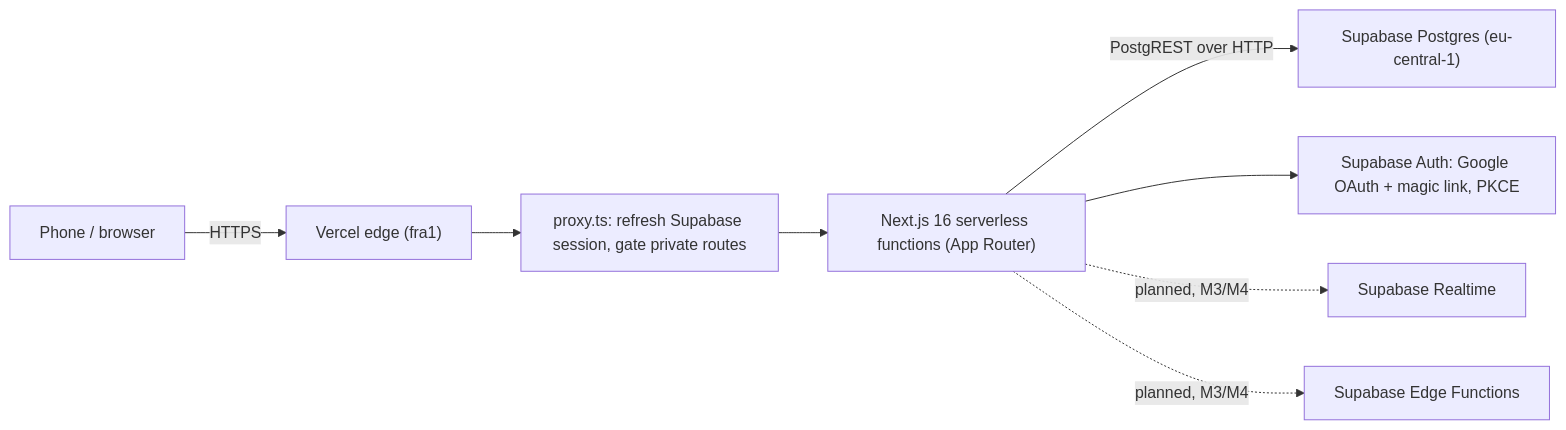
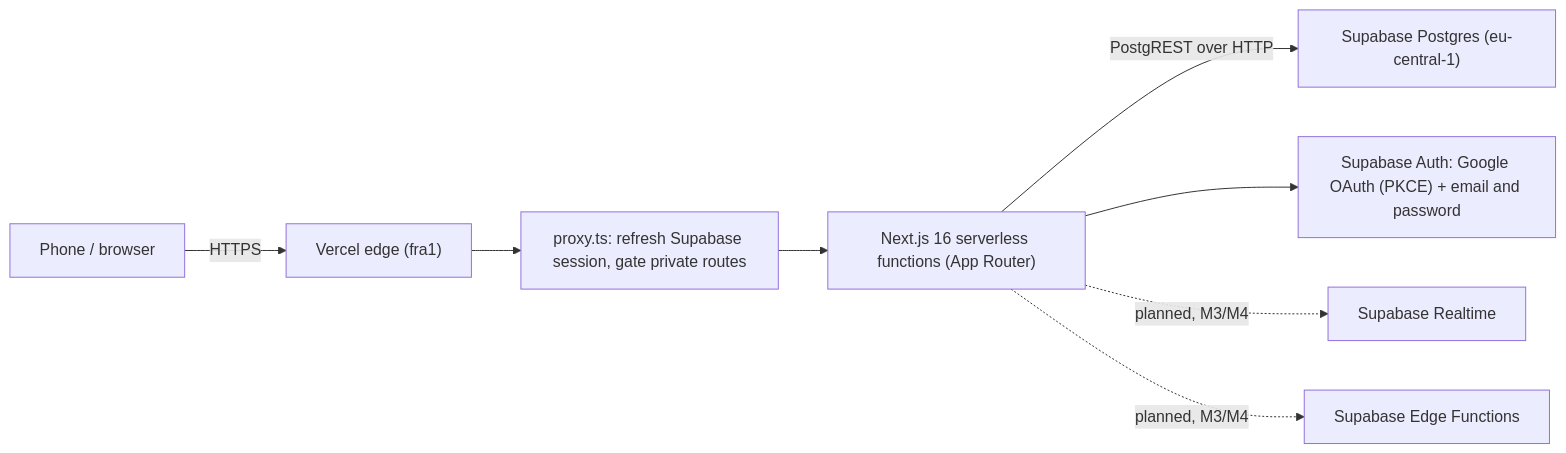
The diagram in docs/architecture.md (naum-4ik/keepup), drawn with Mermaid before and after one commit. The commit also changed other lines of this file and 15 other files, not shown here.

First line of the commit message:
feat: sign up with email and password

````diff
--- a/docs/architecture.md
+++ b/docs/architecture.md
@@ -7,10 +7,10 @@
 ```mermaid
 flowchart LR
     Phone["Phone / browser"] -->|HTTPS| Edge["Vercel edge (fra1)"]
     Edge --> Proxy["proxy.ts: refresh Supabase session, gate private routes"]
     Proxy --> Next["Next.js 16 serverless functions (App Router)"]
     Next -->|PostgREST over HTTP| PG["Supabase Postgres (eu-central-1)"]
-    Next --> Auth["Supabase Auth: Google OAuth + magic link, PKCE"]
+    Next --> Auth["Supabase Auth: Google OAuth (PKCE) + email and password"]
     Next -.->|planned, M3/M4| Realtime["Supabase Realtime"]
     Next -.->|planned, M3/M4| EdgeFn["Supabase Edge Functions"]
 ```
````
